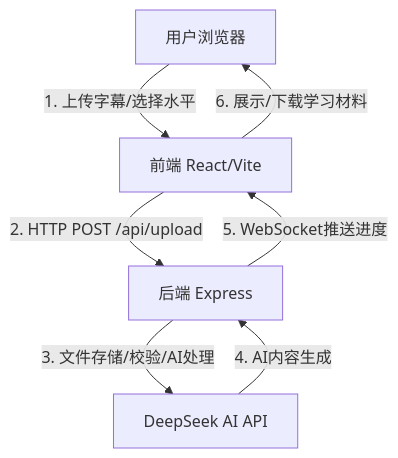
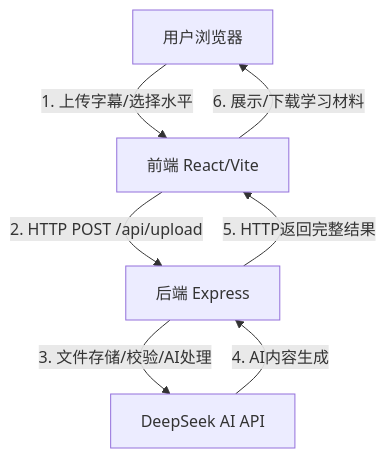
Before and after one commit to PuJes/language-material-translation: the diagram in 项目架构与文件说明.md, drawn with Mermaid. The commit also changed other lines of this file and 5 other files, not shown here.

````diff
--- a/项目架构与文件说明.md
+++ b/项目架构与文件说明.md
@@ -16,9 +16,9 @@
 ```mermaid
 flowchart TD
     A[用户浏览器] -->|1. 上传字幕/选择水平| B[前端 React/Vite]
     B -->|2. HTTP POST /api/upload| C[后端 Express]
     C -->|3. 文件存储/校验/AI处理| D[DeepSeek AI API]
     D -->|4. AI内容生成| C
-    C -->|5. WebSocket推送进度| B
+    C -->|5. HTTP返回完整结果| B
     B -->|6. 展示/下载学习材料| A
 ```
````
